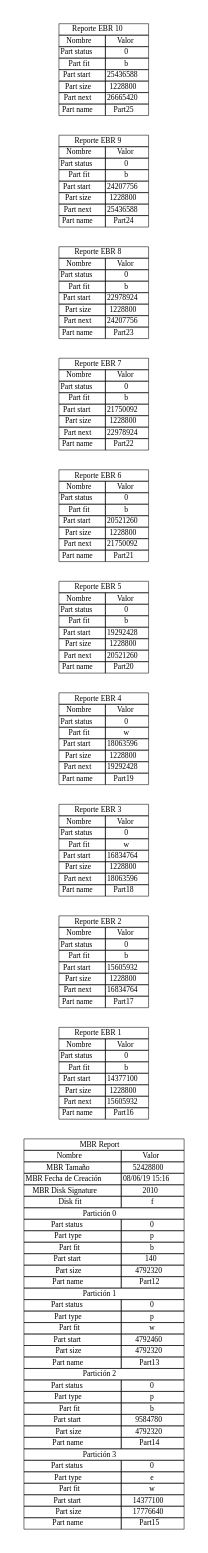
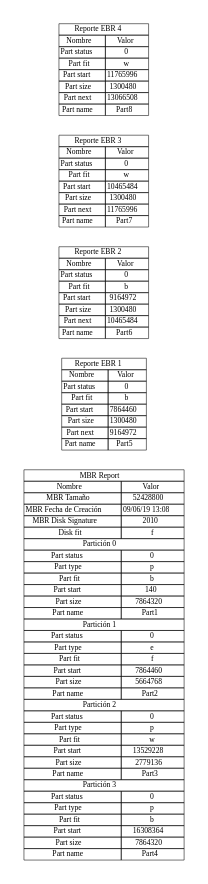
One commit to MacoChave/DiskParted changed the diagram in mbr_report.dot. Above: the diagram before and after it, drawn with Graphviz. The commit also changed 8 other files, not shown here.

```diff
--- a/mbr_report.dot
+++ b/mbr_report.dot
@@ -17,7 +17,7 @@
 			</tr>
 			<tr>
 				<td>MBR Fecha de Creación</td>
-				<td>08/06/19 15:16</td>
+				<td>09/06/19 13:08</td>
 			</tr>
 			<tr>
 				<td>MBR Disk Signature</td>
@@ -48,14 +48,41 @@
 			</tr>
 			<tr>
 				<td>Part size</td>
-				<td>4792320</td>
+				<td>7864320</td>
 			</tr>
 			<tr>
 				<td>Part name</td>
-				<td>Part12</td>
+				<td>Part1</td>
 			</tr>
 			<tr>
 				<td colspan="2">Partición 1</td>
+			</tr>
+			<tr>
+				<td>Part status</td>
+				<td>0</td>
+			</tr>
+			<tr>
+				<td>Part type</td>
+				<td>e</td>
+			</tr>
+			<tr>
+				<td>Part fit</td>
+				<td>f</td>
+			</tr>
+			<tr>
+				<td>Part start</td>
+				<td>7864460</td>
+			</tr>
+			<tr>
+				<td>Part size</td>
+				<td>5664768</td>
+			</tr>
+			<tr>
+				<td>Part name</td>
+				<td>Part2</td>
+			</tr>
+			<tr>
+				<td colspan="2">Partición 2</td>
 			</tr>
 			<tr>
 				<td>Part status</td>
@@ -71,18 +98,18 @@
 			</tr>
 			<tr>
 				<td>Part start</td>
-				<td>4792460</td>
+				<td>13529228</td>
 			</tr>
 			<tr>
 				<td>Part size</td>
-				<td>4792320</td>
+				<td>2779136</td>
 			</tr>
 			<tr>
 				<td>Part name</td>
-				<td>Part13</td>
+				<td>Part3</td>
 			</tr>
 			<tr>
-				<td colspan="2">Partición 2</td>
+				<td colspan="2">Partición 3</td>
 			</tr>
 			<tr>
 				<td>Part status</td>
@@ -98,42 +125,15 @@
 			</tr>
 			<tr>
 				<td>Part start</td>
-				<td>9584780</td>
+				<td>16308364</td>
 			</tr>
 			<tr>
 				<td>Part size</td>
-				<td>4792320</td>
+				<td>7864320</td>
 			</tr>
 			<tr>
 				<td>Part name</td>
-				<td>Part14</td>
-			</tr>
-			<tr>
-				<td colspan="2">Partición 3</td>
-			</tr>
-			<tr>
-				<td>Part status</td>
-				<td>0</td>
-			</tr>
-			<tr>
-				<td>Part type</td>
-				<td>e</td>
-			</tr>
-			<tr>
-				<td>Part fit</td>
-				<td>w</td>
-			</tr>
-			<tr>
-				<td>Part start</td>
-				<td>14377100</td>
-			</tr>
-			<tr>
-				<td>Part size</td>
-				<td>17776640</td>
-			</tr>
-			<tr>
-				<td>Part name</td>
-				<td>Part15</td>
+				<td>Part4</td>
 			</tr>
 		</table>
 	>]
@@ -156,19 +156,19 @@
 			</tr>
 			<tr>
 				<td>Part start</td>
-				<td>14377100</td>
+				<td>7864460</td>
 			</tr>
 			<tr>
 				<td>Part size</td>
-				<td>1228800</td>
+				<td>1300480</td>
 			</tr>
 			<tr>
 				<td>Part next</td>
-				<td>15605932</td>
+				<td>9164972</td>
 			</tr>
 			<tr>
 				<td>Part name</td>
-				<td>Part16</td>
+				<td>Part5</td>
 			</tr>
 		</table>
 	>]
@@ -191,19 +191,19 @@
 			</tr>
 			<tr>
 				<td>Part start</td>
-				<td>15605932</td>
+				<td>9164972</td>
 			</tr>
 			<tr>
 				<td>Part size</td>
-				<td>1228800</td>
+				<td>1300480</td>
 			</tr>
 			<tr>
 				<td>Part next</td>
-				<td>16834764</td>
+				<td>10465484</td>
 			</tr>
 			<tr>
 				<td>Part name</td>
-				<td>Part17</td>
+				<td>Part6</td>
 			</tr>
 		</table>
 	>]
@@ -226,19 +226,19 @@
 			</tr>
 			<tr>
 				<td>Part start</td>
-				<td>16834764</td>
+				<td>10465484</td>
 			</tr>
 			<tr>
 				<td>Part size</td>
-				<td>1228800</td>
+				<td>1300480</td>
 			</tr>
 			<tr>
 				<td>Part next</td>
-				<td>18063596</td>
+				<td>11765996</td>
 			</tr>
 			<tr>
 				<td>Part name</td>
-				<td>Part18</td>
+				<td>Part7</td>
 			</tr>
 		</table>
 	>]
@@ -261,229 +261,19 @@
 			</tr>
 			<tr>
 				<td>Part start</td>
-				<td>18063596</td>
+				<td>11765996</td>
 			</tr>
 			<tr>
 				<td>Part size</td>
-				<td>1228800</td>
+				<td>1300480</td>
 			</tr>
 			<tr>
 				<td>Part next</td>
-				<td>19292428</td>
+				<td>13066508</td>
 			</tr>
 			<tr>
 				<td>Part name</td>
-				<td>Part19</td>
-			</tr>
-		</table>
-	>]
-	EBR5 [label=<
-		<table border="0" cellborder="1" cellspacing="0">
-			<tr>
-				<td colspan="2">Reporte EBR 5</td>
-			</tr>
-			<tr>
-				<td>Nombre</td>
-				<td>Valor</td>
-			</tr>
-			<tr>
-				<td>Part status</td>
-				<td>0</td>
-			</tr>
-			<tr>
-				<td>Part fit</td>
-				<td>b</td>
-			</tr>
-			<tr>
-				<td>Part start</td>
-				<td>19292428</td>
-			</tr>
-			<tr>
-				<td>Part size</td>
-				<td>1228800</td>
-			</tr>
-			<tr>
-				<td>Part next</td>
-				<td>20521260</td>
-			</tr>
-			<tr>
-				<td>Part name</td>
-				<td>Part20</td>
-			</tr>
-		</table>
-	>]
-	EBR6 [label=<
-		<table border="0" cellborder="1" cellspacing="0">
-			<tr>
-				<td colspan="2">Reporte EBR 6</td>
-			</tr>
-			<tr>
-				<td>Nombre</td>
-				<td>Valor</td>
-			</tr>
-			<tr>
-				<td>Part status</td>
-				<td>0</td>
-			</tr>
-			<tr>
-				<td>Part fit</td>
-				<td>b</td>
-			</tr>
-			<tr>
-				<td>Part start</td>
-				<td>20521260</td>
-			</tr>
-			<tr>
-				<td>Part size</td>
-				<td>1228800</td>
-			</tr>
-			<tr>
-				<td>Part next</td>
-				<td>21750092</td>
-			</tr>
-			<tr>
-				<td>Part name</td>
-				<td>Part21</td>
-			</tr>
-		</table>
-	>]
-	EBR7 [label=<
-		<table border="0" cellborder="1" cellspacing="0">
-			<tr>
-				<td colspan="2">Reporte EBR 7</td>
-			</tr>
-			<tr>
-				<td>Nombre</td>
-				<td>Valor</td>
-			</tr>
-			<tr>
-				<td>Part status</td>
-				<td>0</td>
-			</tr>
-			<tr>
-				<td>Part fit</td>
-				<td>b</td>
-			</tr>
-			<tr>
-				<td>Part start</td>
-				<td>21750092</td>
-			</tr>
-			<tr>
-				<td>Part size</td>
-				<td>1228800</td>
-			</tr>
-			<tr>
-				<td>Part next</td>
-				<td>22978924</td>
-			</tr>
-			<tr>
-				<td>Part name</td>
-				<td>Part22</td>
-			</tr>
-		</table>
-	>]
-	EBR8 [label=<
-		<table border="0" cellborder="1" cellspacing="0">
-			<tr>
-				<td colspan="2">Reporte EBR 8</td>
-			</tr>
-			<tr>
-				<td>Nombre</td>
-				<td>Valor</td>
-			</tr>
-			<tr>
-				<td>Part status</td>
-				<td>0</td>
-			</tr>
-			<tr>
-				<td>Part fit</td>
-				<td>b</td>
-			</tr>
-			<tr>
-				<td>Part start</td>
-				<td>22978924</td>
-			</tr>
-			<tr>
-				<td>Part size</td>
-				<td>1228800</td>
-			</tr>
-			<tr>
-				<td>Part next</td>
-				<td>24207756</td>
-			</tr>
-			<tr>
-				<td>Part name</td>
-				<td>Part23</td>
-			</tr>
-		</table>
-	>]
-	EBR9 [label=<
-		<table border="0" cellborder="1" cellspacing="0">
-			<tr>
-				<td colspan="2">Reporte EBR 9</td>
-			</tr>
-			<tr>
-				<td>Nombre</td>
-				<td>Valor</td>
-			</tr>
-			<tr>
-				<td>Part status</td>
-				<td>0</td>
-			</tr>
-			<tr>
-				<td>Part fit</td>
-				<td>b</td>
-			</tr>
-			<tr>
-				<td>Part start</td>
-				<td>24207756</td>
-			</tr>
-			<tr>
-				<td>Part size</td>
-				<td>1228800</td>
-			</tr>
-			<tr>
-				<td>Part next</td>
-				<td>25436588</td>
-			</tr>
-			<tr>
-				<td>Part name</td>
-				<td>Part24</td>
-			</tr>
-		</table>
-	>]
-	EBR10 [label=<
-		<table border="0" cellborder="1" cellspacing="0">
-			<tr>
-				<td colspan="2">Reporte EBR 10</td>
-			</tr>
-			<tr>
-				<td>Nombre</td>
-				<td>Valor</td>
-			</tr>
-			<tr>
-				<td>Part status</td>
-				<td>0</td>
-			</tr>
-			<tr>
-				<td>Part fit</td>
-				<td>b</td>
-			</tr>
-			<tr>
-				<td>Part start</td>
-				<td>25436588</td>
-			</tr>
-			<tr>
-				<td>Part size</td>
-				<td>1228800</td>
-			</tr>
-			<tr>
-				<td>Part next</td>
-				<td>26665420</td>
-			</tr>
-			<tr>
-				<td>Part name</td>
-				<td>Part25</td>
+				<td>Part8</td>
 			</tr>
 		</table>
 	>]
```
